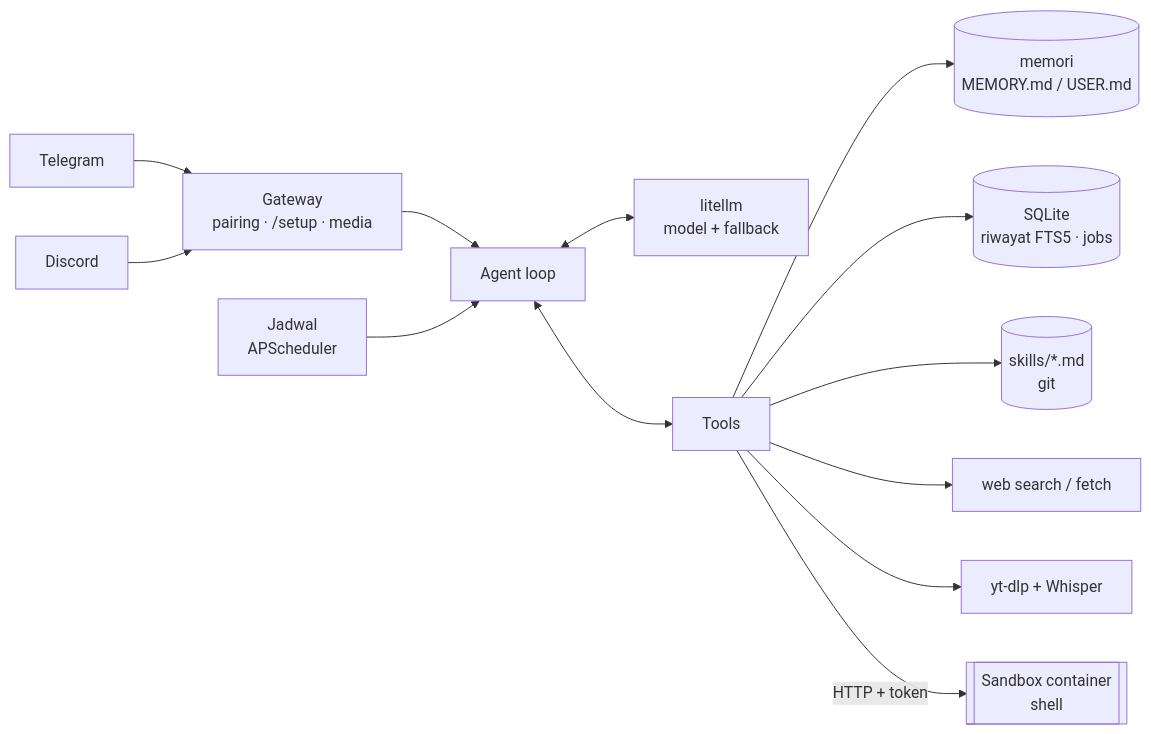
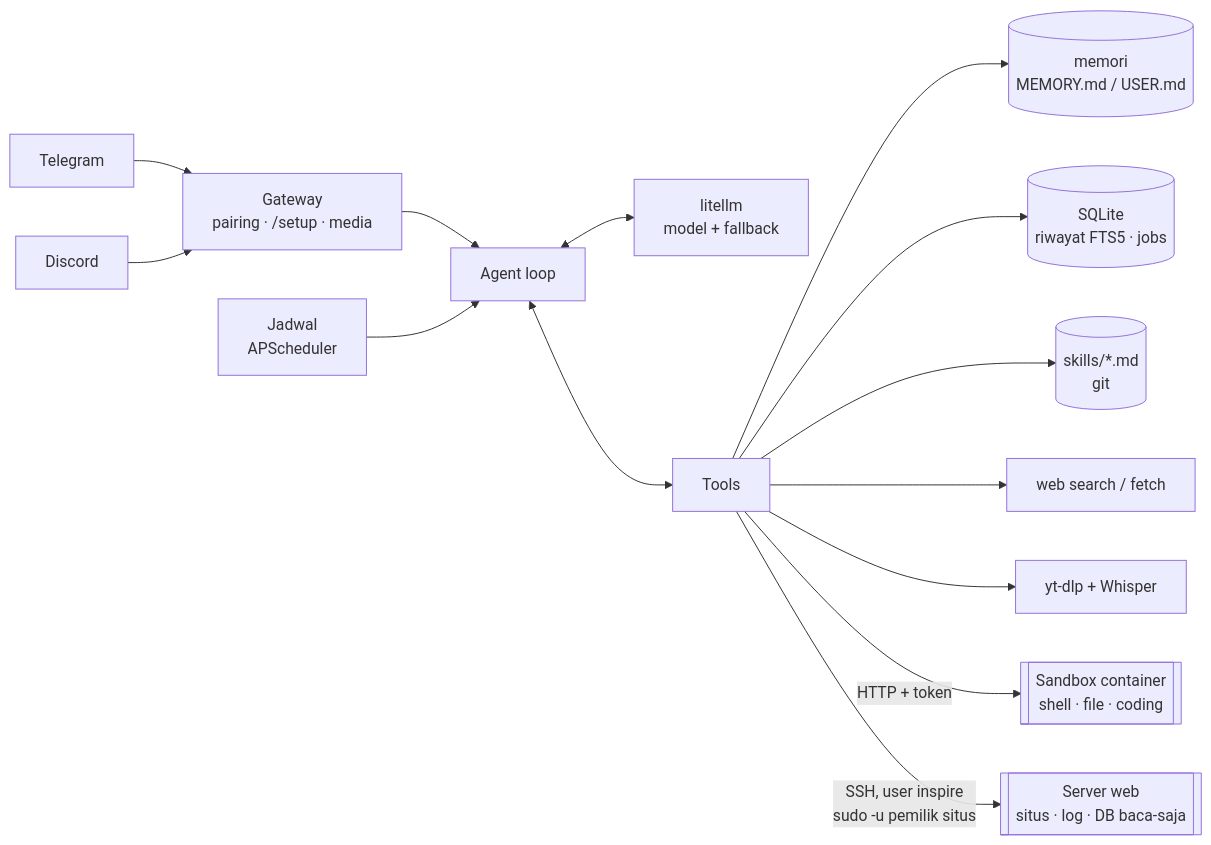
The diagram in README.md (mikhsanw/inspire-agent), drawn with Mermaid before and after one commit. The commit also changed other lines of this file and 27 other files, not shown here.

First line of the commit message:
feat: coding di sandbox, web di server, dan gaya caveman

````diff
--- a/README.md
+++ b/README.md
@@ -55,15 +62,16 @@
 ```mermaid
 flowchart LR
     TG[Telegram] --> GW
     DC[Discord] --> GW
     GW[Gateway<br/>pairing · /setup · media] --> AG[Agent loop]
     SCH[Jadwal<br/>APScheduler] --> AG
     AG <--> LLM[litellm<br/>model + fallback]
     AG <--> T[Tools]
     T --> MEM[(memori<br/>MEMORY.md / USER.md)]
     T --> DB[(SQLite<br/>riwayat FTS5 · jobs)]
     T --> SK[(skills/*.md<br/>git)]
     T --> WEB[web search / fetch]
     T --> VID[yt-dlp + Whisper]
-    T -->|HTTP + token| SB[[Sandbox container<br/>shell]]
+    T -->|HTTP + token| SB[[Sandbox container<br/>shell · file · coding]]
+    T -->|SSH, user inspire<br/>sudo -u pemilik situs| HOST[[Server web<br/>situs · log · DB baca-saja]]
 ```
````
